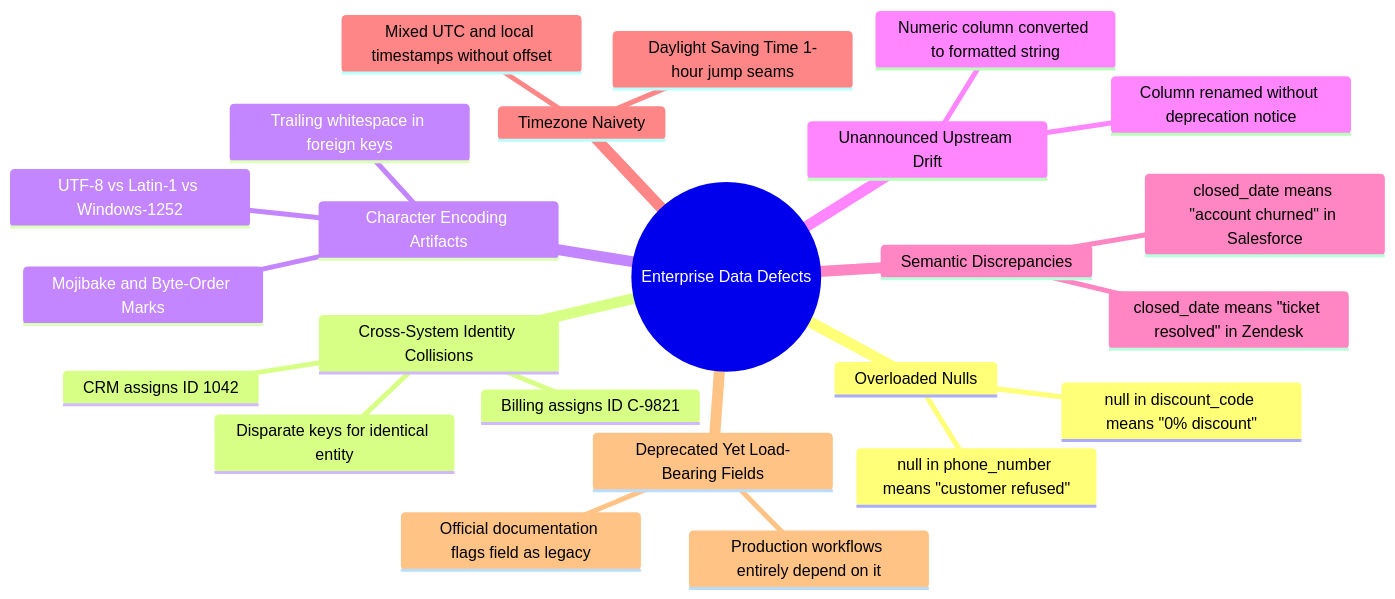
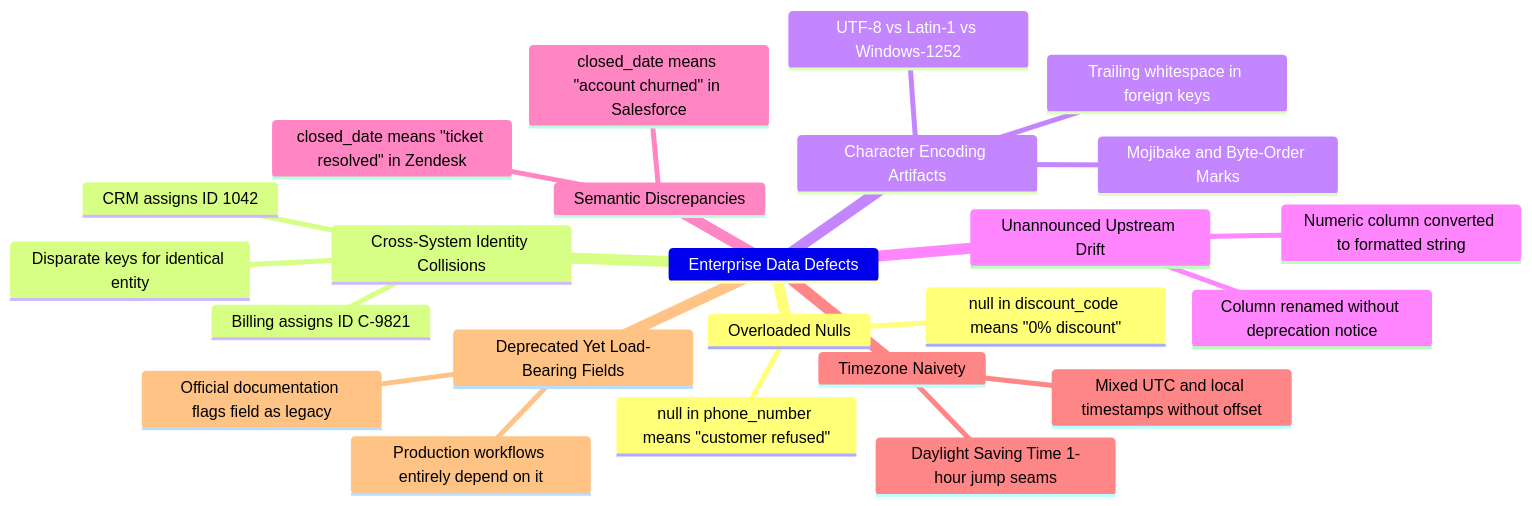
Before and after one commit to AdilShamim8/FDE-Field-Guide: the second of 4 diagrams in engineering/03-data-pipelines.md, drawn with Mermaid.

````diff
--- a/engineering/03-data-pipelines.md
+++ b/engineering/03-data-pipelines.md
@@ -87,27 +87,27 @@
 ```mermaid
 mindmap
-  root((Enterprise Data Defects))
+  Enterprise Data Defects
     Overloaded Nulls
       null in discount_code means "0% discount"
       null in phone_number means "customer refused"
     Cross-System Identity Collisions
       CRM assigns ID 1042
       Billing assigns ID C-9821
       Disparate keys for identical entity
     Character Encoding Artifacts
       UTF-8 vs Latin-1 vs Windows-1252
       Mojibake and Byte-Order Marks
       Trailing whitespace in foreign keys
     Unannounced Upstream Drift
       Column renamed without deprecation notice
       Numeric column converted to formatted string
     Semantic Discrepancies
       closed_date means "ticket resolved" in Zendesk
       closed_date means "account churned" in Salesforce
     Timezone Naivety
       Mixed UTC and local timestamps without offset
       Daylight Saving Time 1-hour jump seams
     Deprecated Yet Load-Bearing Fields
       Official documentation flags field as legacy
       Production workflows entirely depend on it
 ```
````
